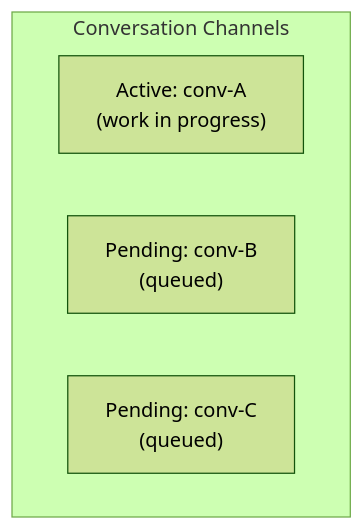
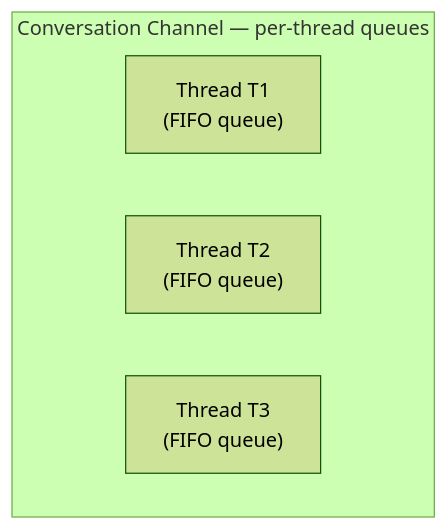
One commit to savasp/spring-voyage changed the second of 5 diagrams in docs/architecture/messaging.md. Above: the diagram before and after it, drawn with Mermaid (forest theme). The commit also changed other lines of this file and 3 other files, not shown here.

````diff
--- a/docs/architecture/messaging.md
+++ b/docs/architecture/messaging.md
@@ -29,8 +37,8 @@
 ```mermaid
 graph TD
-    subgraph conv["Conversation Channels"]
-        active["Active: conv-A<br/>(work in progress)"]
-        pending1["Pending: conv-B<br/>(queued)"]
-        pending2["Pending: conv-C<br/>(queued)"]
+    subgraph conv["Conversation Channel — per-thread queues"]
+        t1["Thread T1<br/>(FIFO queue)"]
+        t2["Thread T2<br/>(FIFO queue)"]
+        t3["Thread T3<br/>(FIFO queue)"]
     end
 ```
````
